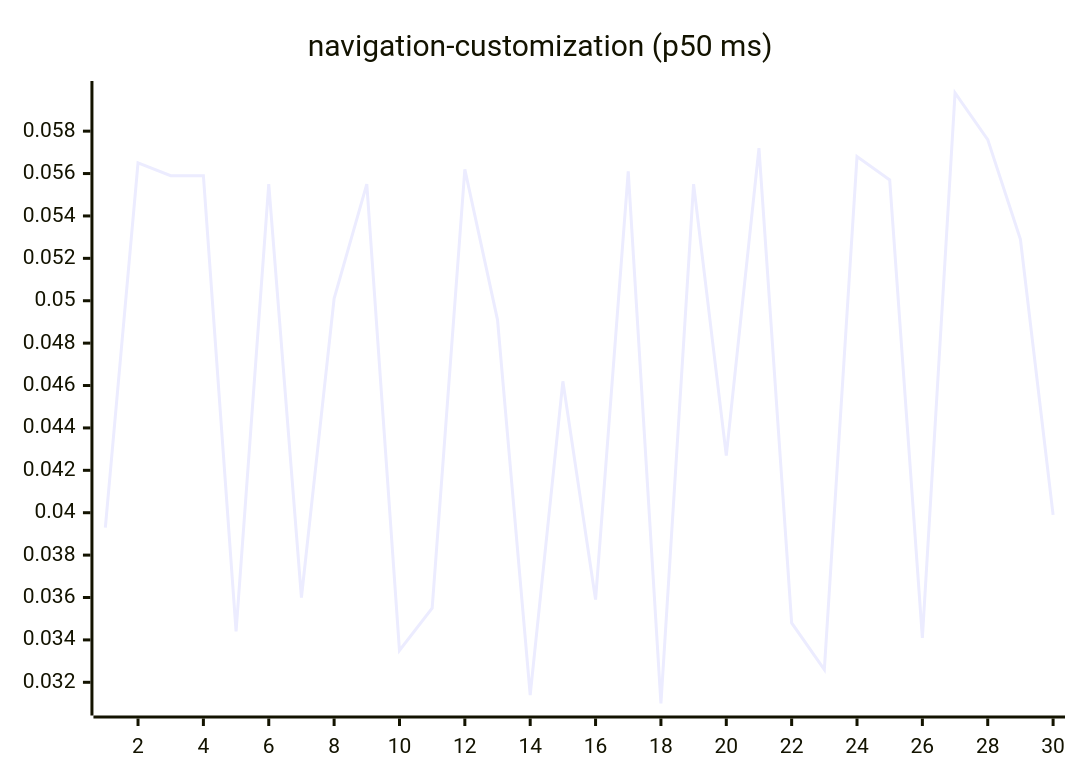
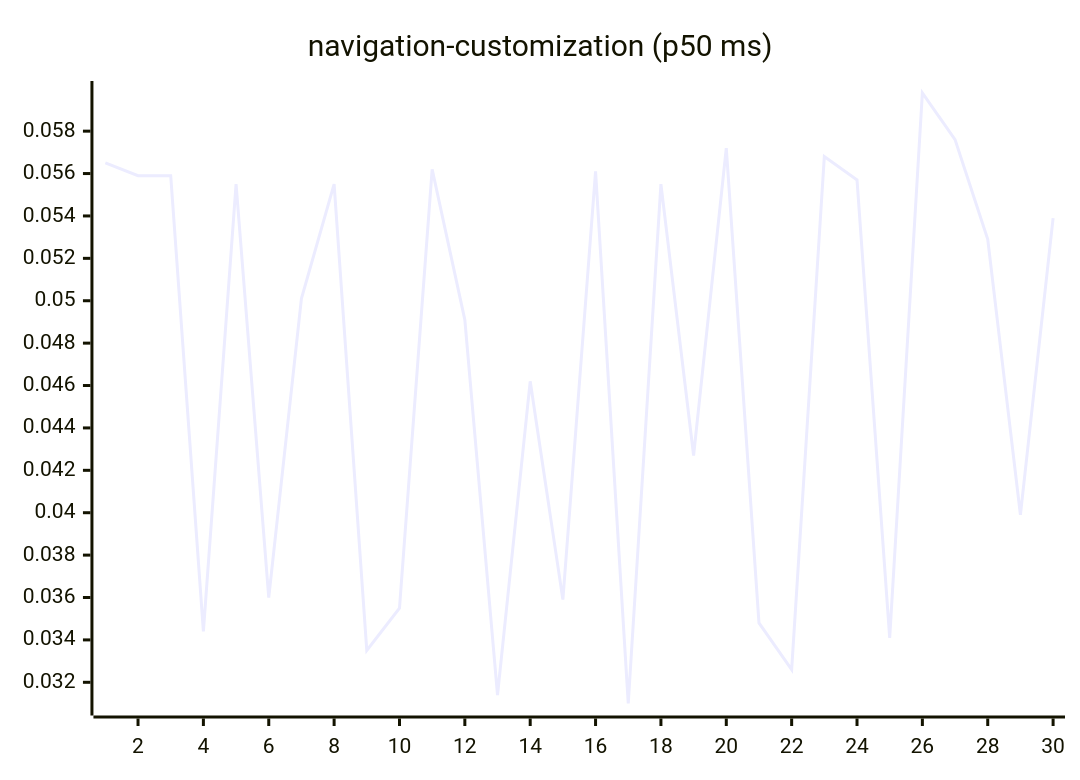
One commit to josha/Facet changed diagram 15 of 27 in README.md. Above: the diagram before and after it, drawn with Mermaid. The commit also changed other lines of this file and 2 other files, not shown here.

````diff
--- a/README.md
+++ b/README.md
@@ -161,6 +161,6 @@
 ```mermaid
 xychart-beta
     title "navigation-customization (p50 ms)"
     x-axis 1 --> 30
-    line [0.0393, 0.0565, 0.0559, 0.0559, 0.0344, 0.0555, 0.0360, 0.0501, 0.0555, 0.0335, 0.0355, 0.0562, 0.0491, 0.0314, 0.0462, 0.0359, 0.0561, 0.0310, 0.0555, 0.0427, 0.0572, 0.0348, 0.0326, 0.0568, 0.0557, 0.0341, 0.0598, 0.0576, 0.0529, 0.0399]
+    line [0.0565, 0.0559, 0.0559, 0.0344, 0.0555, 0.0360, 0.0501, 0.0555, 0.0335, 0.0355, 0.0562, 0.0491, 0.0314, 0.0462, 0.0359, 0.0561, 0.0310, 0.0555, 0.0427, 0.0572, 0.0348, 0.0326, 0.0568, 0.0557, 0.0341, 0.0598, 0.0576, 0.0529, 0.0399, 0.0539]
 ```
````
